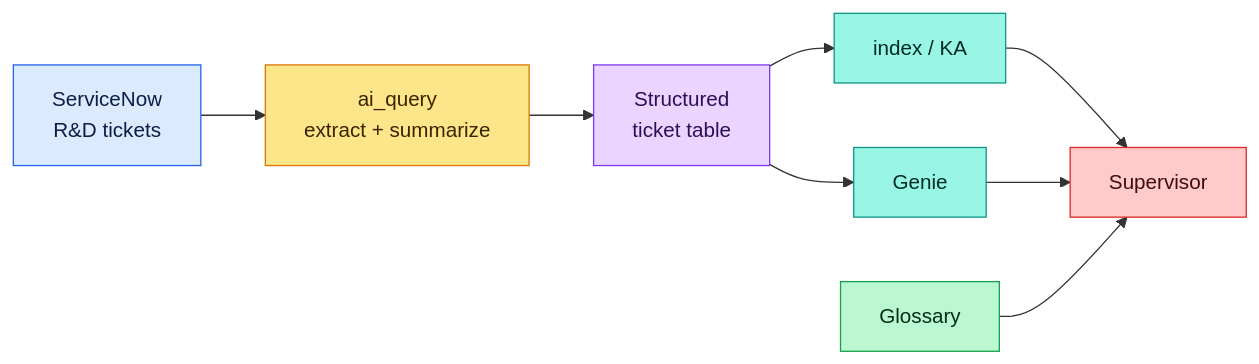
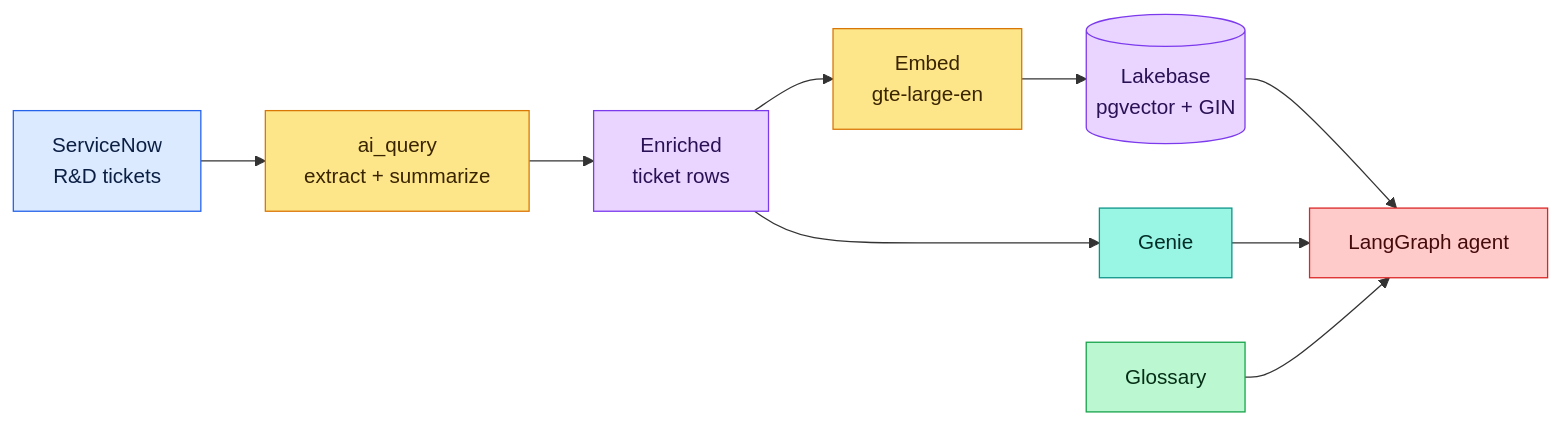
Before and after one commit to databricks-industry-solutions/field-repair-knowledge-assistant: the first of 2 diagrams in ARCHITECTURE.md, drawn with Mermaid. The commit also changed other lines of this file, not shown here.

First line of the commit message:
docs(v2): rewrite ARCHITECTURE.md for Lakebase + custom LangGraph agent

````diff
--- a/ARCHITECTURE.md
+++ b/ARCHITECTURE.md
@@ -25,32 +57,33 @@
 ```mermaid
 graph LR
     SN[ServiceNow<br/>R&D tickets]
     EXTRACT[ai_query<br/>extract + summarize]
-    STRUCT[Structured<br/>ticket table]
+    STRUCT[Enriched<br/>ticket rows]
+    EMBED[Embed<br/>gte-large-en]
+    LB[(Lakebase<br/>pgvector + GIN)]
     GENIE[Genie]
-    KA[index / KA]
     GLOSS[Glossary]
-    SUP[Supervisor]
+    AGENT[LangGraph agent]
 
     SN --> EXTRACT --> STRUCT
+    STRUCT --> EMBED --> LB
     STRUCT --> GENIE
-    STRUCT --> KA
 
-    KA --> SUP
-    GENIE --> SUP
-    GLOSS --> SUP
+    LB --> AGENT
+    GENIE --> AGENT
+    GLOSS --> AGENT
 
     classDef source fill:#dbeafe,stroke:#2563eb,stroke-width:1px,color:#0b1f44;
     classDef enrich fill:#fde68a,stroke:#d97706,stroke-width:1px,color:#3a2400;
     classDef table  fill:#e9d5ff,stroke:#7c3aed,stroke-width:1px,color:#2a1054;
     classDef gloss  fill:#bbf7d0,stroke:#16a34a,stroke-width:1px,color:#052e16;
     classDef engine fill:#99f6e4,stroke:#0d9488,stroke-width:1px,color:#022c26;
     classDef sup    fill:#fecaca,stroke:#dc2626,stroke-width:1px,color:#450a0a;
 
     class SN source;
-    class EXTRACT enrich;
-    class STRUCT table;
-    class GENIE,KA engine;
+    class EXTRACT,EMBED enrich;
+    class STRUCT,LB table;
+    class GENIE engine;
     class GLOSS gloss;
-    class SUP sup;
+    class AGENT sup;
 ```
````
